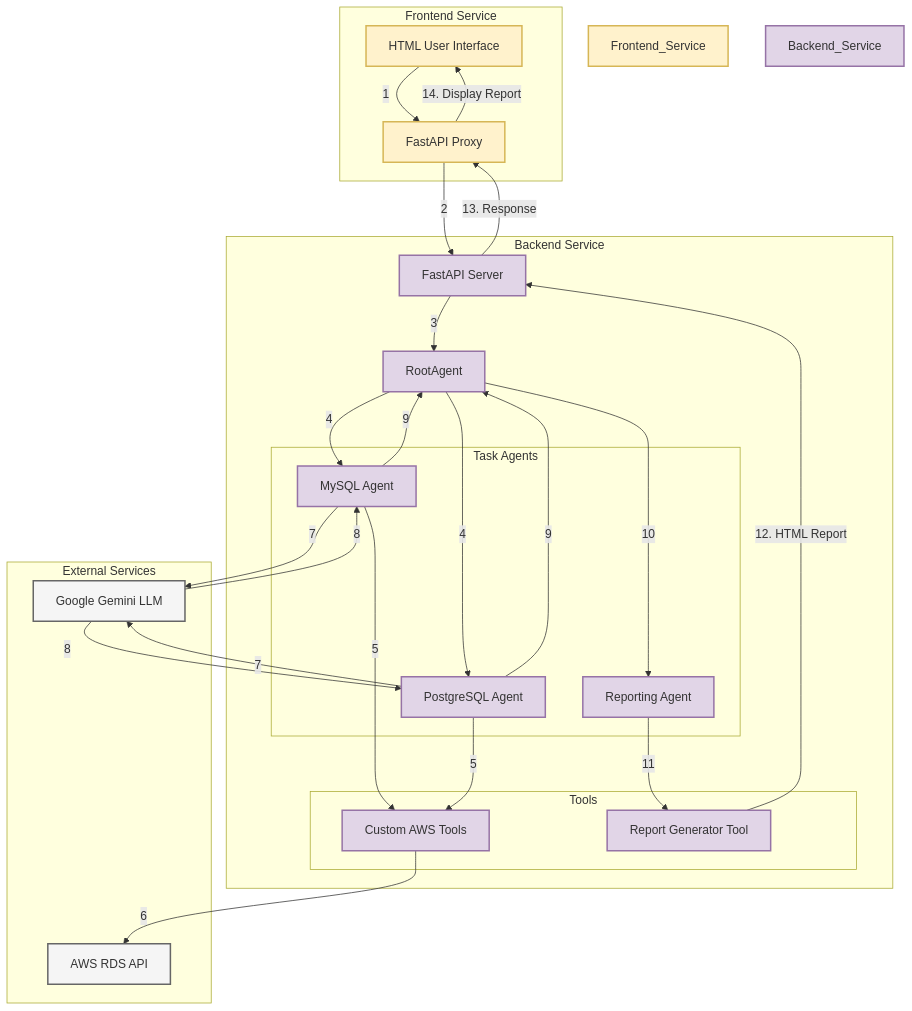
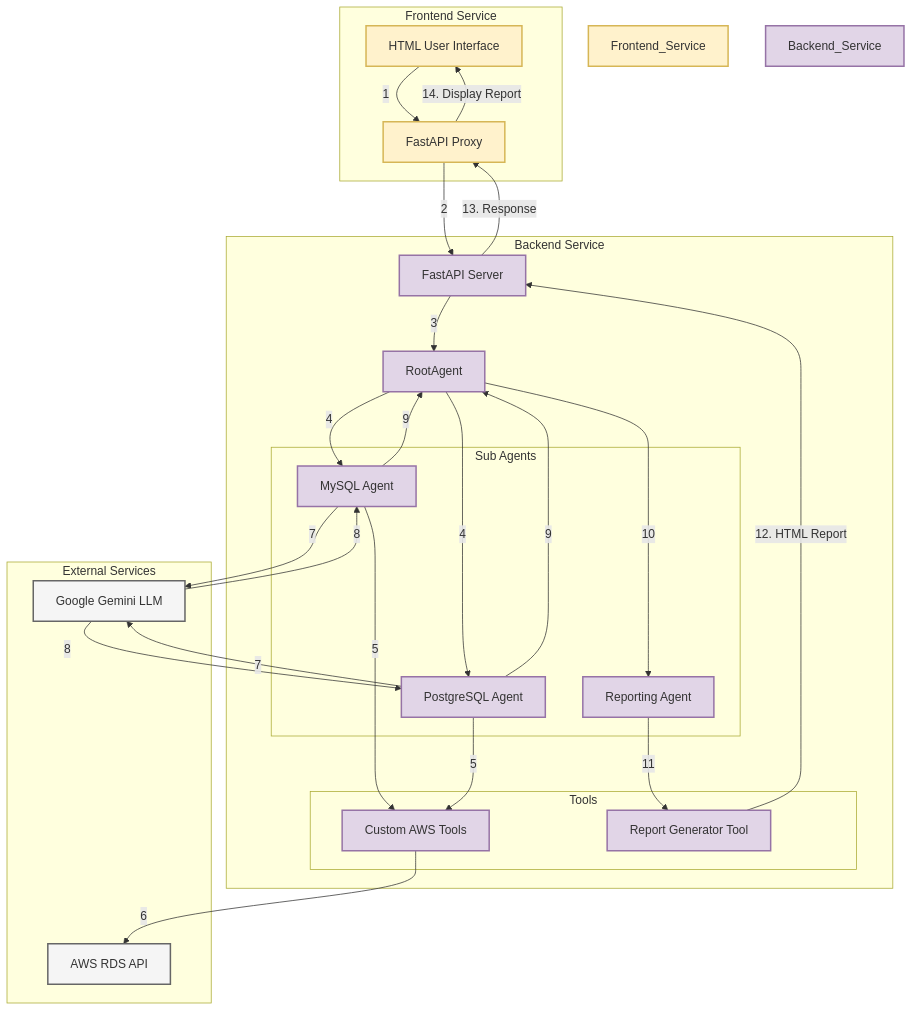
One commit to SushantJagdale/database_migration_service_ai changed the diagram in architecture.md. Above: the diagram before and after it, drawn with Mermaid.

````diff
--- a/architecture.md
+++ b/architecture.md
@@ -1,66 +1,66 @@
 ```mermaid
 graph TB
     %% === Subgraphs & Nodes Definition ===
     subgraph "Frontend Service"
         style Frontend_Service fill:#FFF2CC,stroke:#D6B656,stroke-width:2px,color:#333
         UI["HTML User Interface"]
         FE_Proxy["FastAPI Proxy"]
     end
 
     subgraph "Backend Service"
         style Backend_Service fill:#E1D5E7,stroke:#9673A6,stroke-width:2px,color:#333
         BE_Server["FastAPI Server"]
         RootAgent["RootAgent"]
-        subgraph "Task Agents"
+        subgraph "Sub Agents"
             MysqlAgent["MySQL Agent"]
             PostgresAgent["PostgreSQL Agent"]
             ReportAgent["Reporting Agent"]
         end
         subgraph "Tools"
             CustomTools["Custom AWS Tools"]
             ReportGeneratorTool["Report Generator Tool"]
         end
     end
 
     subgraph "External Services"
         AWS["AWS RDS API"]
         LLM["Google Gemini LLM"]
     end
 
     %% --- Layout Enforcement: Create an invisible spine to force vertical order ---
     FE_Proxy ~~~ BE_Server
     BE_Server ~~~ AWS
 
     %% --- Visible Request & Response Flow ---
     UI -- "1" --> FE_Proxy
     FE_Proxy -- "2" --> BE_Server
     BE_Server -- "3" --> RootAgent
     RootAgent -- "4" --> MysqlAgent
     RootAgent -- "4" --> PostgresAgent
     MysqlAgent -- "5" --> CustomTools
     PostgresAgent -- "5" --> CustomTools
     CustomTools -- "6" --> AWS
     MysqlAgent -- "7" --> LLM
     PostgresAgent -- "7" --> LLM
     
     LLM -- "8" --> MysqlAgent
     LLM -- "8" --> PostgresAgent
     MysqlAgent -- "9" --> RootAgent
     PostgresAgent -- "9" --> RootAgent
     
     RootAgent -- "10" --> ReportAgent
     ReportAgent -- "11" --> ReportGeneratorTool
     
     ReportGeneratorTool -- "12. HTML Report" --> BE_Server
     BE_Server -- "13. Response" --> FE_Proxy
     FE_Proxy -- "14. Display Report" --> UI
 
     %% --- Styling ---
     classDef frontend fill:#FFF2CC,stroke:#D6B656,stroke-width:2px,color:#333;
     classDef backend fill:#E1D5E7,stroke:#9673A6,stroke-width:2px,color:#333;
     classDef external fill:#F5F5F5,stroke:#666,stroke-width:2px,color:#333;
 
     class UI,FE_Proxy,Frontend_Service frontend;
     class BE_Server,RootAgent,MysqlAgent,PostgresAgent,CustomTools,ReportAgent,ReportGeneratorTool,Backend_Service backend;
     class AWS,LLM,External_Services external;
 ```
````
